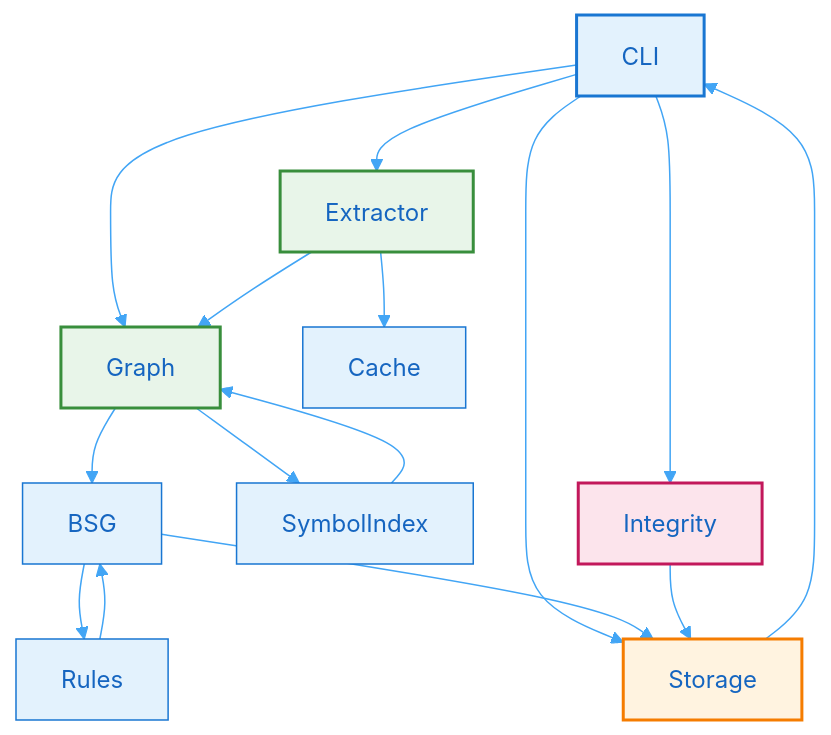
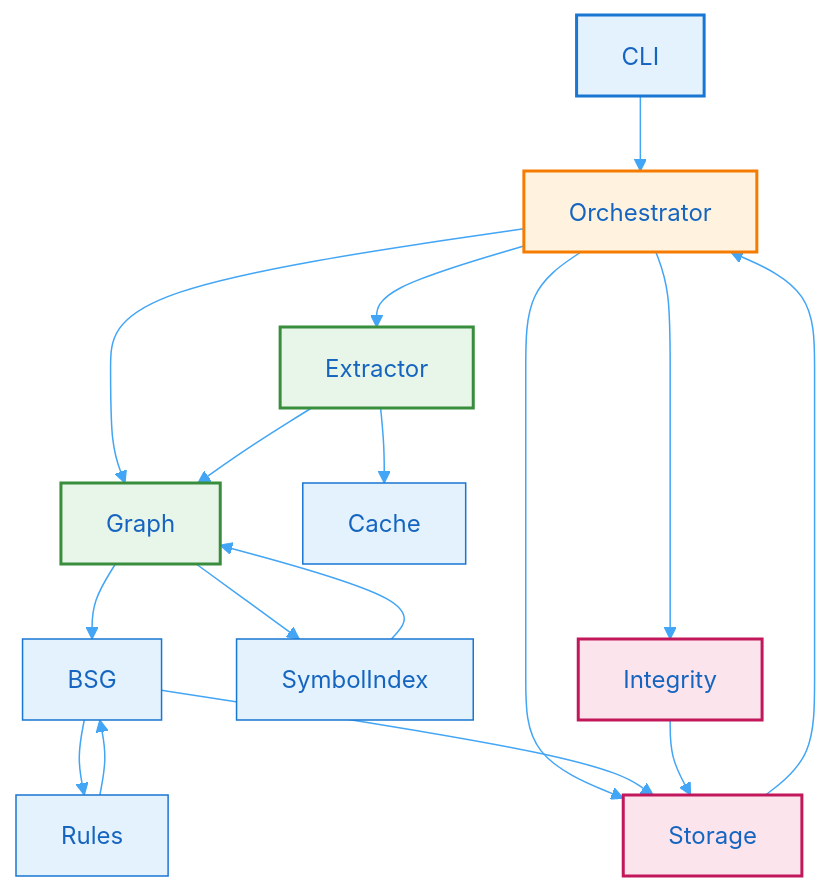
One commit to sageoz/Batho changed the diagram in docs-site/docs/whitepaper/core-subsystems.md. Above: the diagram before and after it, drawn with Mermaid. The commit also changed other lines of this file and 16 other files, not shown here.

Commit message:
chore: update whitepaper section numbering, add orchestrator layer to architecture docs, expand BSG plugin catalog

````diff
--- a/docs-site/docs/whitepaper/core-subsystems.md
+++ b/docs-site/docs/whitepaper/core-subsystems.md
@@ -60,30 +62,32 @@
 ```mermaid
 %%{init: {'theme': 'base', 'themeVariables': { 'primaryColor': '#e3f2fd', 'primaryTextColor': '#1565c0', 'primaryBorderColor': '#1976d2', 'lineColor': '#42a5f5', 'secondaryColor': '#f3e5f5', 'tertiaryColor': '#e8f5e9'}}}%%
 graph TD
-    CLI --> Extractor
-    CLI --> Graph
-    CLI --> Storage
-    CLI --> Integrity
+    CLI --> Orchestrator
+    Orchestrator --> Extractor
+    Orchestrator --> Graph
+    Orchestrator --> Storage
+    Orchestrator --> Integrity
 
     Extractor --> Cache
     Extractor --> Graph
 
     Graph --> SymbolIndex
     Graph --> BSG
 
     SymbolIndex --> Graph
 
     BSG --> Rules
     BSG --> Storage
 
     Rules --> BSG
 
     Integrity --> Storage
-    Storage --> CLI
+    Storage --> Orchestrator
 
     style CLI fill:#e3f2fd,stroke:#1976d2,stroke-width:2px
+    style Orchestrator fill:#fff3e0,stroke:#f57c00,stroke-width:2px
     style Extractor fill:#e8f5e9,stroke:#388e3c,stroke-width:2px
     style Graph fill:#e8f5e9,stroke:#388e3c,stroke-width:2px
-    style Storage fill:#fff3e0,stroke:#f57c00,stroke-width:2px
+    style Storage fill:#fce4ec,stroke:#c2185b,stroke-width:2px
     style Integrity fill:#fce4ec,stroke:#c2185b,stroke-width:2px
 ```
````
